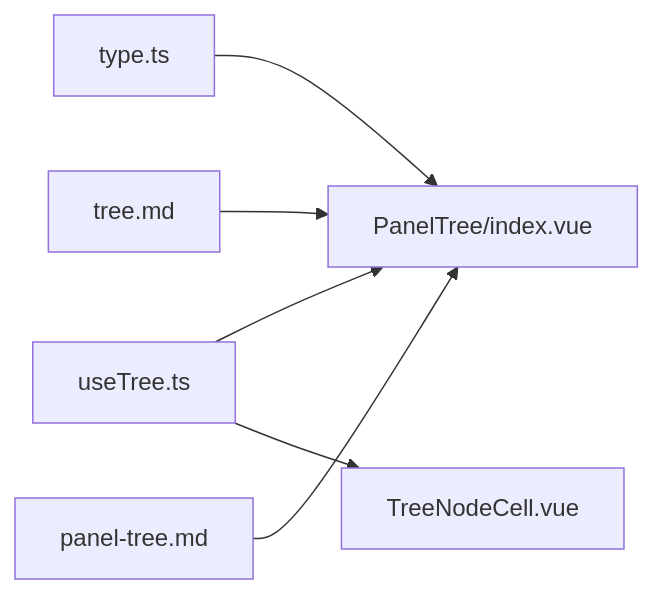
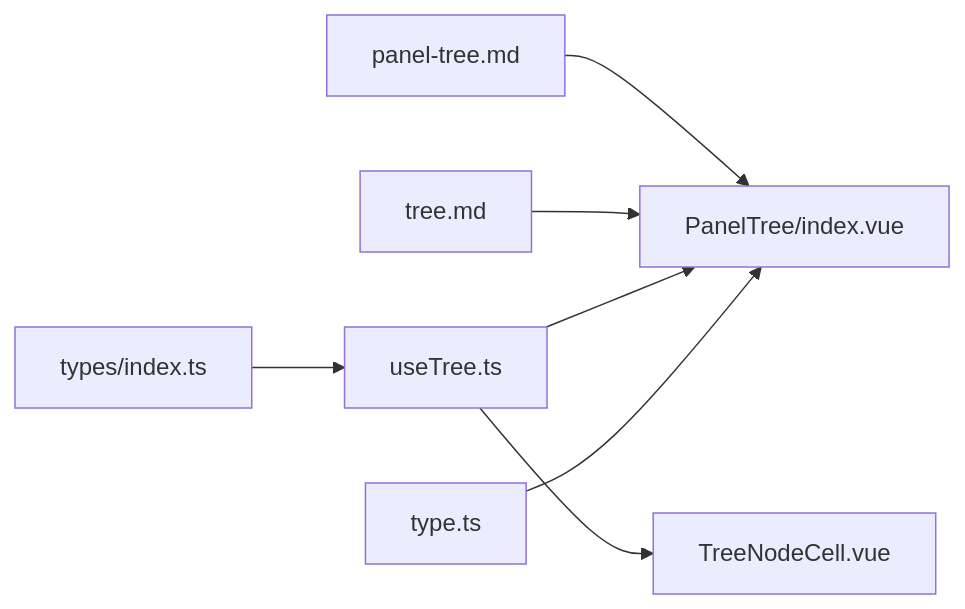
Before and after one commit to ja-plus/stk-table-vue: the fifth of 5 diagrams in .qoder/repowiki/zh/content/示例演示/面板树示例.md, drawn with Mermaid. The commit also changed other lines of this file and 6 other files, not shown here.

````diff
--- a/.qoder/repowiki/zh/content/示例演示/面板树示例.md
+++ b/.qoder/repowiki/zh/content/示例演示/面板树示例.md
@@ -188,8 +231,9 @@
 ```mermaid
 graph LR
 Type["type.ts"] --> Panel["PanelTree/index.vue"]
 UseTree["useTree.ts"] --> Panel
 UseTree --> Cell["TreeNodeCell.vue"]
+Types["types/index.ts"] --> UseTree
 Doc1["tree.md"] --> Panel
 Doc2["panel-tree.md"] --> Panel
 ```
````
